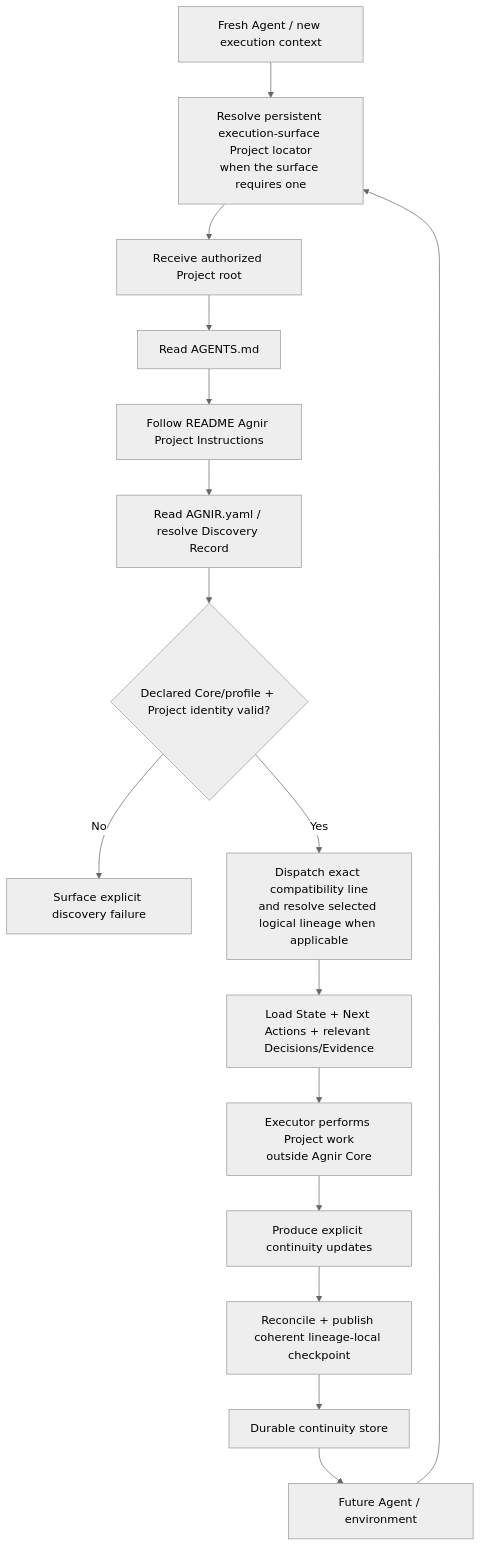
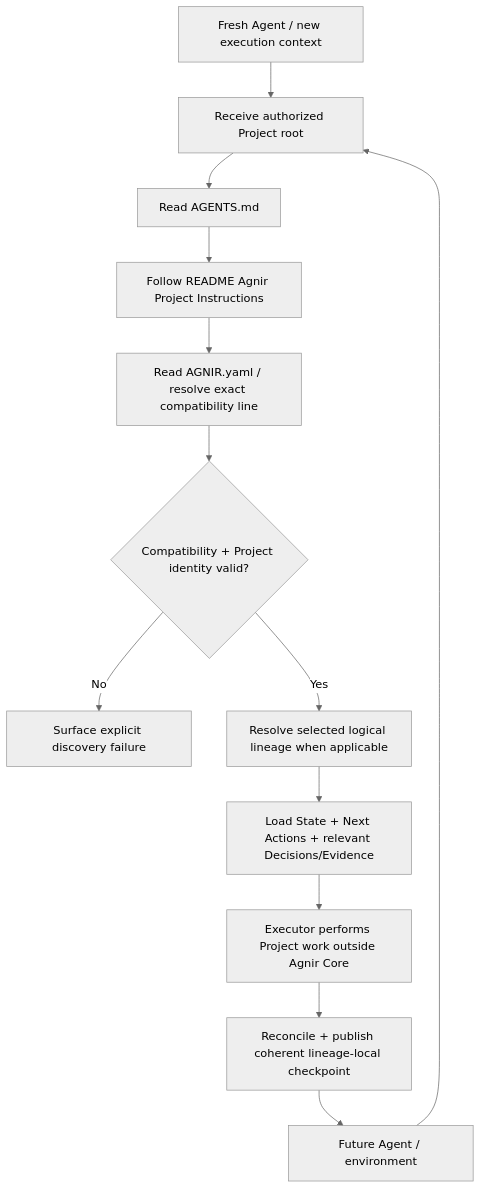
The second of 2 diagrams in README.md (iorLab/agnir), drawn with Mermaid (neutral theme) before and after one commit. The commit also changed other lines of this file and 21 other files, not shown here.

````diff
--- a/README.md
+++ b/README.md
@@ -174,18 +111,15 @@
 ```mermaid
 flowchart TD
-    C[Fresh Agent / new execution context] --> X[Resolve persistent execution-surface Project locator\nwhen the surface requires one]
-    X --> P[Receive authorized Project root]
+    C[Fresh Agent / new execution context] --> P[Receive authorized Project root]
     P --> A[Read AGENTS.md]
     A --> I[Follow README Agnir Project Instructions]
-    I --> R[Read AGNIR.yaml / resolve Discovery Record]
-    R --> V{Declared Core/profile + Project identity valid?}
+    I --> R[Read AGNIR.yaml / resolve exact compatibility line]
+    R --> V{Compatibility + Project identity valid?}
     V -- No --> F[Surface explicit discovery failure]
-    V -- Yes --> L[Dispatch exact compatibility line\nand resolve selected logical lineage when applicable]
+    V -- Yes --> L[Resolve selected logical lineage when applicable]
     L --> Q[Load State + Next Actions + relevant Decisions/Evidence]
-    Q --> W[Executor performs Project work\noutside Agnir Core]
-    W --> U[Produce explicit continuity updates]
-    U --> K[Reconcile + publish coherent lineage-local checkpoint]
-    K --> S[Durable continuity store]
-    S --> N[Future Agent / environment]
-    N --> X
+    Q --> W[Executor performs Project work outside Agnir Core]
+    W --> K[Reconcile + publish coherent lineage-local checkpoint]
+    K --> N[Future Agent / environment]
+    N --> P
 ```
````
